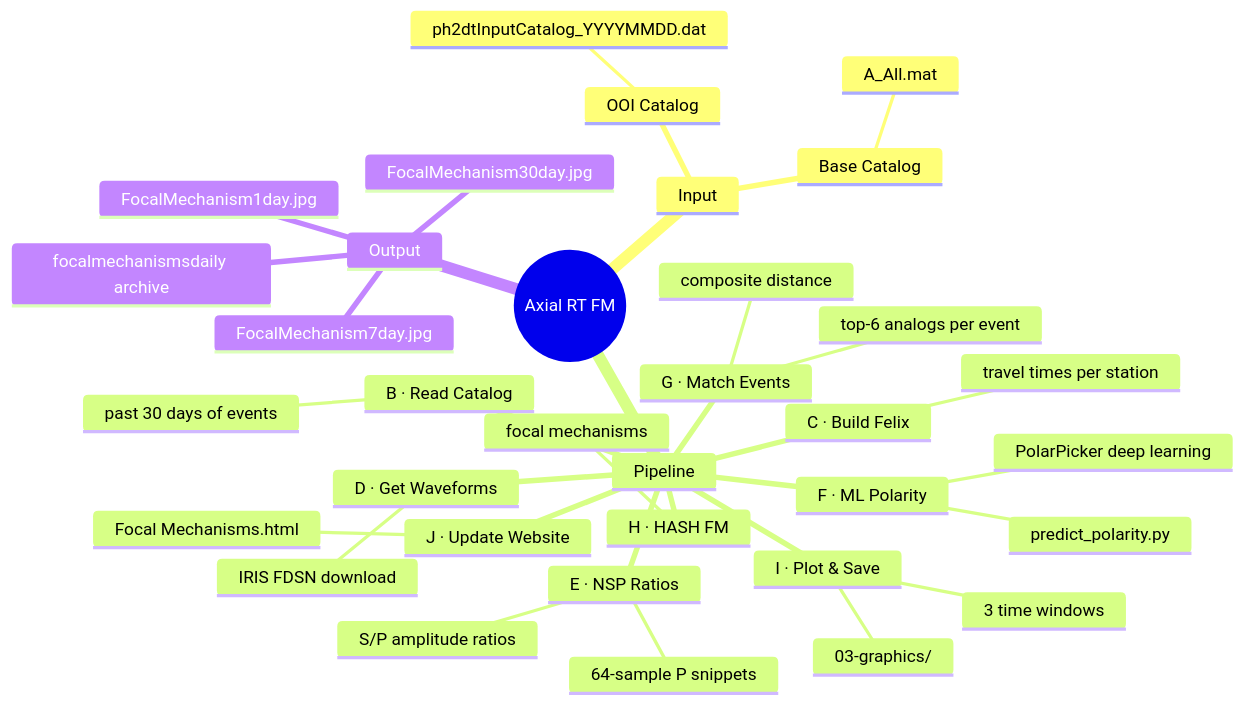
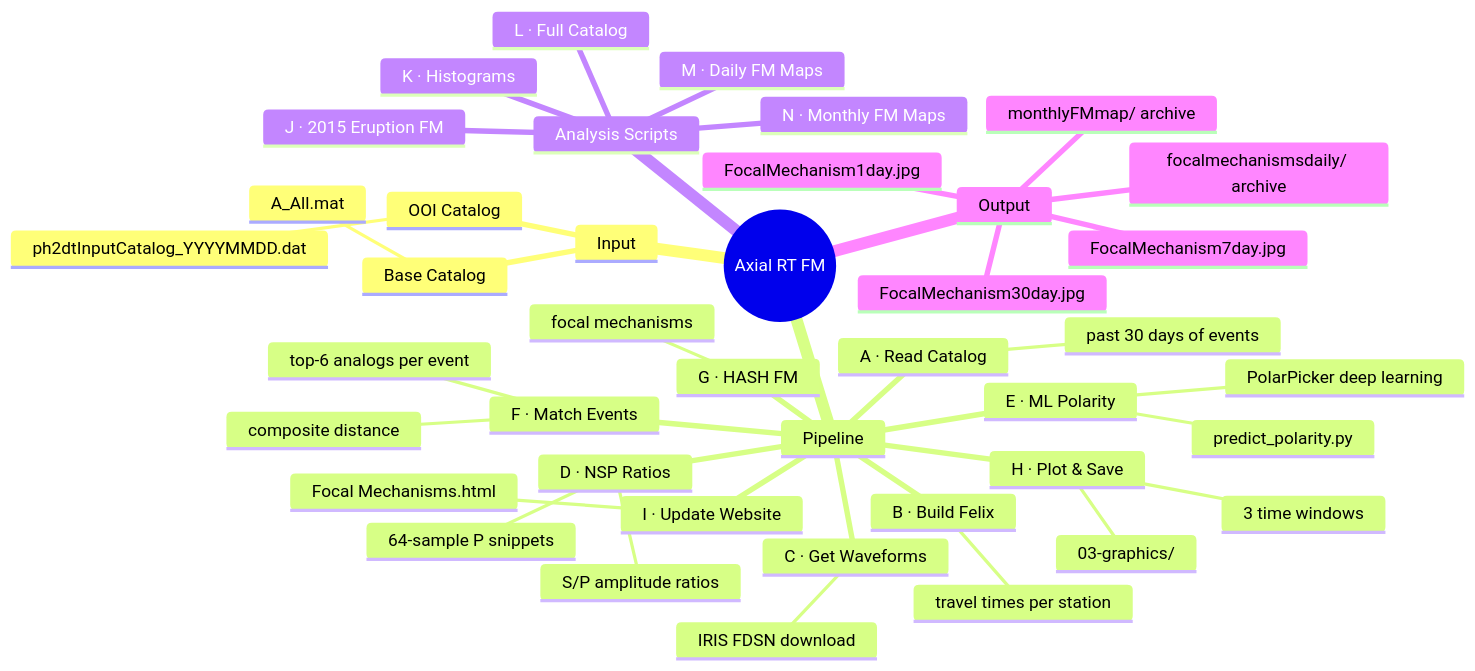
The first of 2 diagrams in README.md (Maochuan26/Axial_RT_Focal_Mechanisms), drawn with Mermaid before and after one commit. The commit also changed other lines of this file, not shown here.

First line of the commit message:
Update README for A-N pipeline rename and monthly FM maps

````diff
--- a/README.md
+++ b/README.md
@@ -23,37 +23,44 @@
 ```mermaid
 mindmap
   root((Axial RT FM))
     Input
       OOI Catalog
         ph2dtInputCatalog_YYYYMMDD.dat
       Base Catalog
         A_All.mat
     Pipeline
-      B · Read Catalog
+      A · Read Catalog
         past 30 days of events
-      C · Build Felix
+      B · Build Felix
         travel times per station
-      D · Get Waveforms
+      C · Get Waveforms
         IRIS FDSN download
-      E · NSP Ratios
+      D · NSP Ratios
         S/P amplitude ratios
         64-sample P snippets
-      F · ML Polarity
+      E · ML Polarity
         predict_polarity.py
         PolarPicker deep learning
-      G · Match Events
+      F · Match Events
         composite distance
         top-6 analogs per event
-      H · HASH FM
+      G · HASH FM
         focal mechanisms
-      I · Plot & Save
+      H · Plot & Save
         3 time windows
         03-graphics/
-      J · Update Website
+      I · Update Website
         Focal Mechanisms.html
+    Analysis Scripts
+      J · 2015 Eruption FM
+      K · Histograms
+      L · Full Catalog
+      M · Daily FM Maps
+      N · Monthly FM Maps
     Output
       FocalMechanism1day.jpg
       FocalMechanism7day.jpg
       FocalMechanism30day.jpg
-      focalmechanismsdaily archive
+      monthlyFMmap/ archive
+      focalmechanismsdaily/ archive
 ```
````
